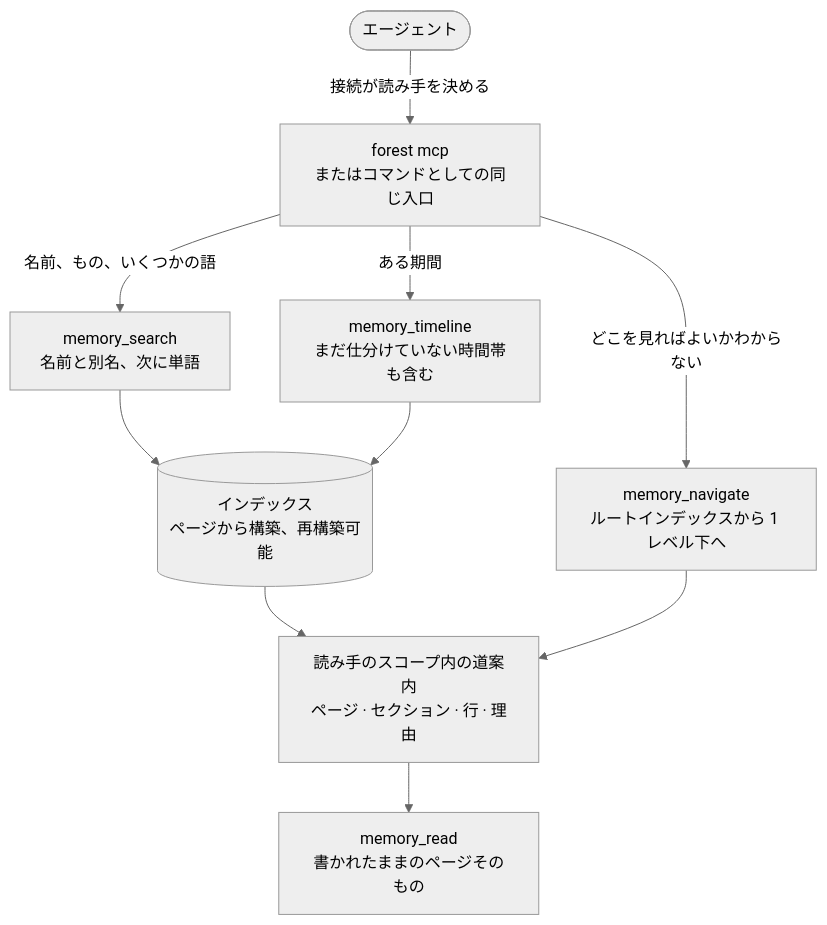
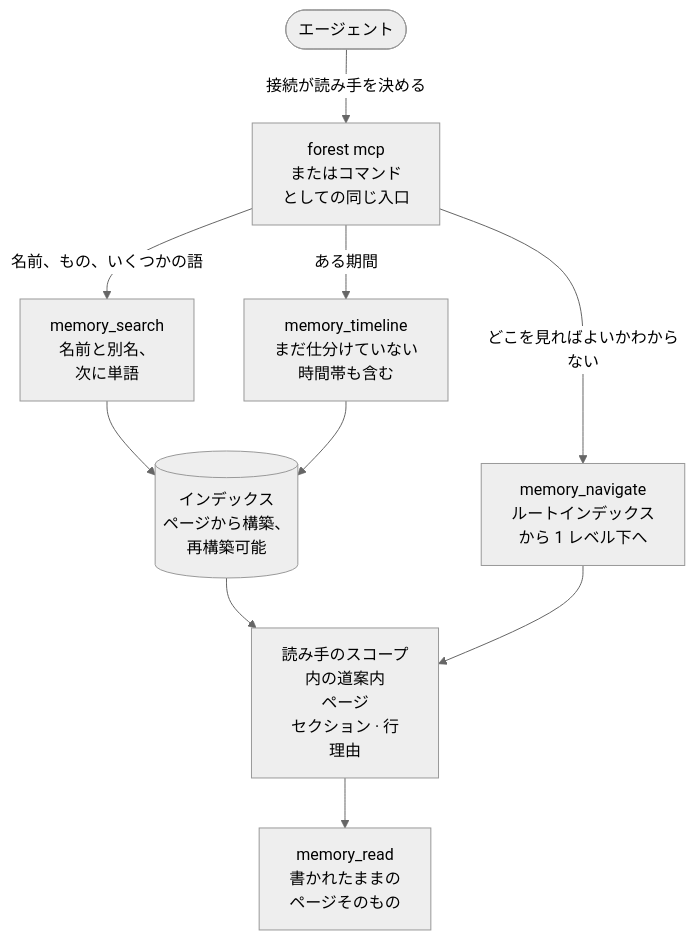
One commit to agent-memory-atlas-archive/hyungchulc--agent-memory-forest changed the second of 2 diagrams in README.ja.md. Above: the diagram before and after it, drawn with Mermaid (neutral theme). The commit also changed other lines of this file and 2 other files, not shown here.

````diff
--- a/README.ja.md
+++ b/README.ja.md
@@ -241,12 +241,12 @@
 ```mermaid
 flowchart TB
-    agent(["エージェント"]) -- "接続が読み手を決める" --> door["forest mcp<br/>またはコマンドとしての同じ入口"]
-    door -- "名前、もの、いくつかの語" --> s["memory_search<br/>名前と別名、次に単語"]
-    door -- "ある期間" --> t["memory_timeline<br/>まだ仕分けていない時間帯も含む"]
-    door -- "どこを見ればよいかわからない" --> n["memory_navigate<br/>ルートインデックスから 1 レベル下へ"]
-    s --> idx[("インデックス<br/>ページから構築、再構築可能")]
+    agent(["エージェント"]) -- "接続が読み手を決める" --> door["forest mcp<br/>またはコマンド<br/>としての同じ入口"]
+    door -- "名前、もの、いくつかの語" --> s["memory_search<br/>名前と別名、<br/>次に単語"]
+    door -- "ある期間" --> t["memory_timeline<br/>まだ仕分けていない<br/>時間帯も含む"]
+    door -- "どこを見ればよいかわからない" --> n["memory_navigate<br/>ルートインデックス<br/>から 1 レベル下へ"]
+    s --> idx[("インデックス<br/>ページから構築、<br/>再構築可能")]
     t --> idx
-    idx --> r["読み手のスコープ内の道案内<br/>ページ · セクション · 行 · 理由"]
+    idx --> r["読み手のスコープ<br/>内の道案内<br/>ページ<br/>セクション · 行<br/>理由"]
     n --> r
-    r --> rd["memory_read<br/>書かれたままのページそのもの"]
+    r --> rd["memory_read<br/>書かれたままの<br/>ページそのもの"]
 ```
````
